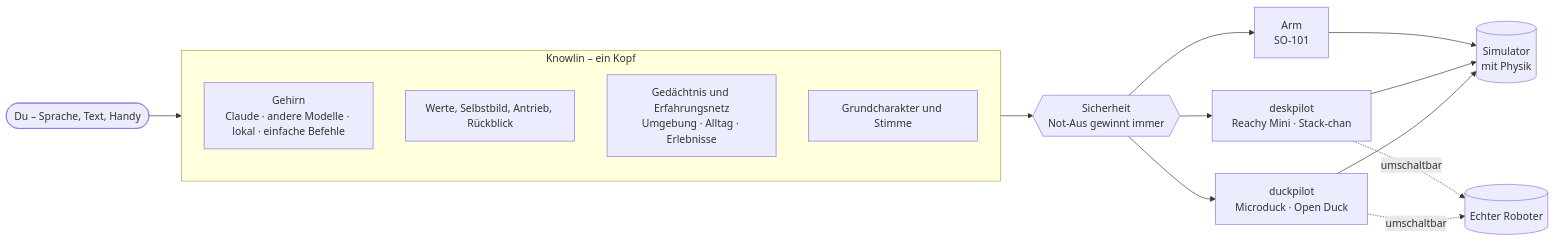
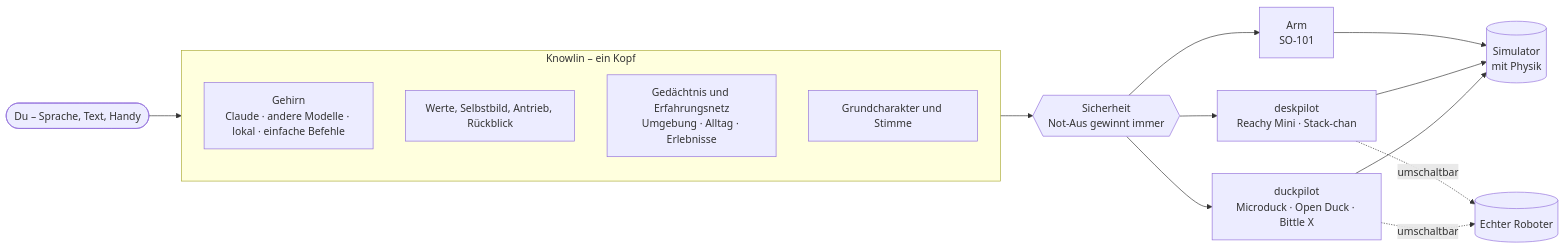
Before and after one commit to knowlin-ai/knowlin: the diagram in README.md, drawn with Mermaid. The commit also changed other lines of this file and 30 other files, not shown here.

````diff
--- a/README.md
+++ b/README.md
@@ -128,20 +129,20 @@
 ```mermaid
 flowchart LR
   Mensch(["Du – Sprache, Text, Handy"]) --> Kopf
   subgraph Kopf["Knowlin – ein Kopf"]
     direction TB
     Gehirn["Gehirn<br/>Claude · andere Modelle · lokal · einfache Befehle"]
     Werte["Werte, Selbstbild, Antrieb, Rückblick"]
     Wissen["Gedächtnis und Erfahrungsnetz<br/>Umgebung · Alltag · Erlebnisse"]
     Charakter["Grundcharakter und Stimme"]
   end
   Kopf --> Sicherheit{{"Sicherheit<br/>Not-Aus gewinnt immer"}}
-  Sicherheit --> Q["duckpilot<br/>Microduck · Open Duck"]
+  Sicherheit --> Q["duckpilot<br/>Microduck · Open Duck · Bittle X"]
   Sicherheit --> R["deskpilot<br/>Reachy Mini · Stack-chan"]
   Sicherheit --> A["Arm<br/>SO-101"]
   Q --> Sim[("Simulator<br/>mit Physik")]
   R --> Sim
   A --> Sim
   Q -. "umschaltbar" .-> Echt[("Echter Roboter")]
   R -. "umschaltbar" .-> Echt
 ```
````
